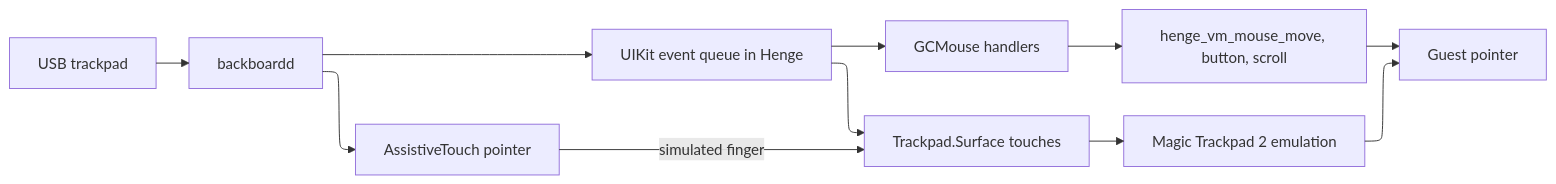
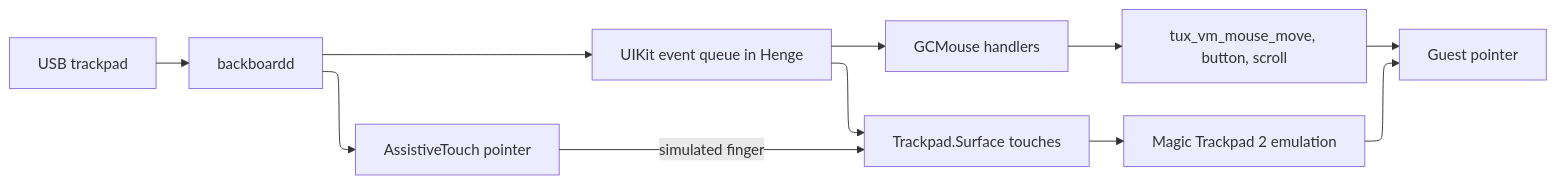
The diagram in docs/mouse-capture-ios.md (Senyeah/Tuxedo), drawn with Mermaid before and after one commit. The commit also changed other lines of this file and 188 other files, not shown here.

````diff
--- a/docs/mouse-capture-ios.md
+++ b/docs/mouse-capture-ios.md
@@ -28,17 +28,17 @@
 ```mermaid
 ---
 config:
   layout: elk
 ---
 flowchart LR
     dev[USB trackpad] --> bb[backboardd]
     bb --> at[AssistiveTouch pointer]
     bb --> app[UIKit event queue in Henge]
     app --> gc[GCMouse handlers]
     app --> touch[Trackpad.Surface touches]
     at -->|simulated finger| touch
-    gc --> rel[henge_vm_mouse_move, button, scroll]
+    gc --> rel[tux_vm_mouse_move, button, scroll]
     touch --> pad[Magic Trackpad 2 emulation]
     rel --> guest[Guest pointer]
     pad --> guest
 ```
````
